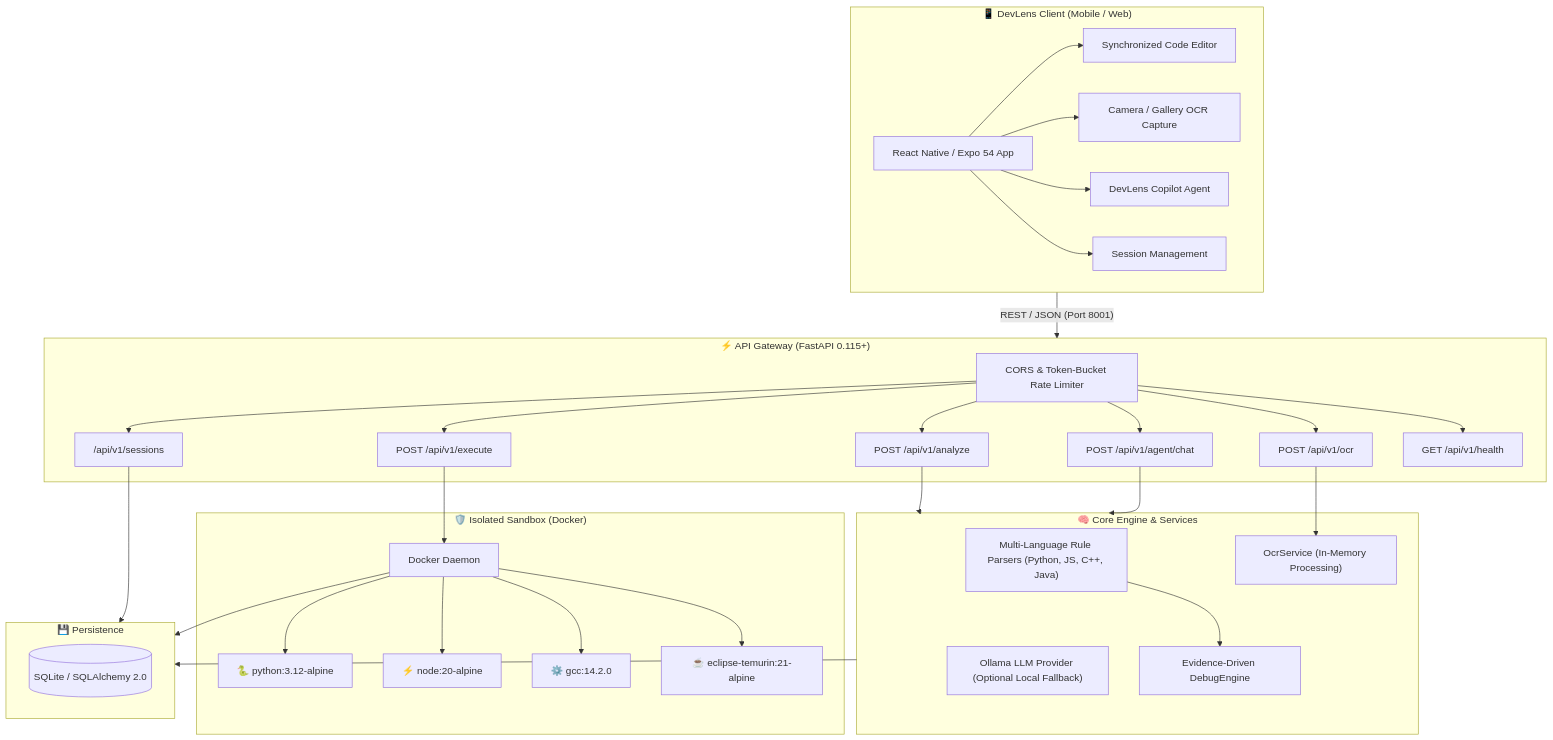
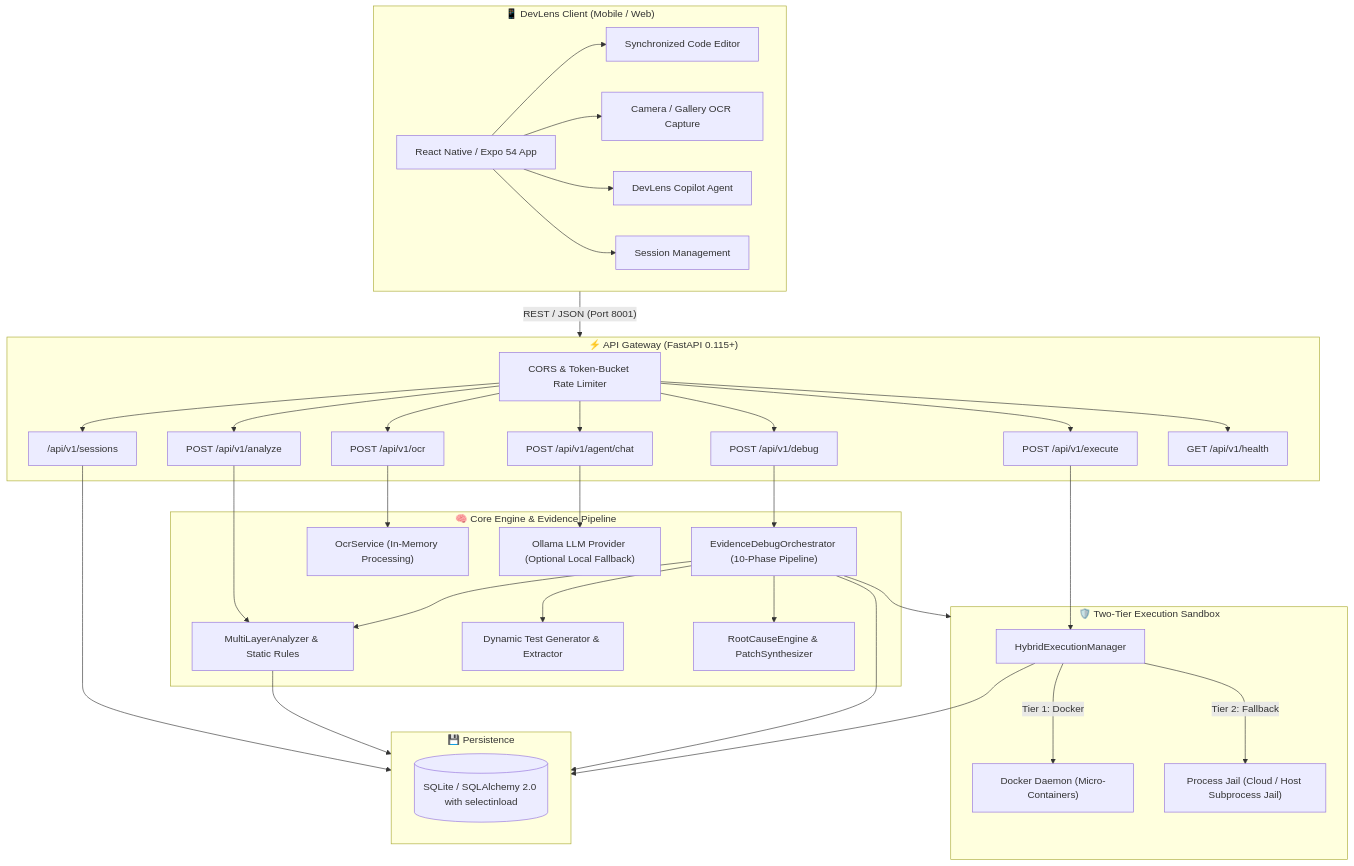
One commit to Bit-manipulators/DevLense changed the diagram in README.md. Above: the diagram before and after it, drawn with Mermaid. The commit also changed other lines of this file and 7 other files, not shown here.

Commit message:
docs: finalize comprehensive documentation for evidence-driven debugging engine, two-tier sandbox, and test suites

````diff
--- a/README.md
+++ b/README.md
@@ -69,61 +69,66 @@
 ```mermaid
 flowchart TD
     subgraph Client["📱 DevLens Client (Mobile / Web)"]
         UI["React Native / Expo 54 App"]
         Editor["Synchronized Code Editor"]
         Camera["Camera / Gallery OCR Capture"]
         AgentUI["DevLens Copilot Agent"]
         History["Session Management"]
         UI --> Editor
         UI --> Camera
         UI --> AgentUI
         UI --> History
     end
 
     subgraph Gateway["⚡ API Gateway (FastAPI 0.115+)"]
         Router["CORS & Token-Bucket Rate Limiter"]
+        DebugAPI["POST /api/v1/debug"]
         AnalyzeAPI["POST /api/v1/analyze"]
         ExecuteAPI["POST /api/v1/execute"]
         OcrAPI["POST /api/v1/ocr"]
         AgentAPI["POST /api/v1/agent/chat"]
         SessionsAPI["/api/v1/sessions"]
         HealthAPI["GET /api/v1/health"]
+        Router --> DebugAPI
         Router --> AnalyzeAPI
         Router --> ExecuteAPI
         Router --> OcrAPI
         Router --> AgentAPI
         Router --> SessionsAPI
         Router --> HealthAPI
     end
 
-    subgraph Core["🧠 Core Engine & Services"]
-        Engine["Multi-Language Rule Parsers (Python, JS, C++, Java)"]
+    subgraph Core["🧠 Core Engine & Evidence Pipeline"]
+        Orchestrator["EvidenceDebugOrchestrator (10-Phase Pipeline)"]
+        MultiAnalyzer["MultiLayerAnalyzer & Static Rules"]
+        TestEngine["Dynamic Test Generator & Extractor"]
+        ReasoningRepair["RootCauseEngine & PatchSynthesizer"]
+        OcrSvc["OcrService (In-Memory Processing)"]
         OllamaEngine["Ollama LLM Provider (Optional Local Fallback)"]
-        OCR["OcrService (In-Memory Processing)"]
-        DebugPipeline["Evidence-Driven DebugEngine"]
-        Engine --> DebugPipeline
+        
+        Orchestrator --> MultiAnalyzer
+        Orchestrator --> TestEngine
+        Orchestrator --> ReasoningRepair
     end
 
-    subgraph Sandbox["🛡️ Isolated Sandbox (Docker)"]
-        DockerDaemon["Docker Daemon"]
-        PyBox["🐍 python:3.12-alpine"]
-        NodeBox["⚡ node:20-alpine"]
-        CppBox["⚙️ gcc:14.2.0"]
-        JavaBox["☕ eclipse-temurin:21-alpine"]
-        DockerDaemon --> PyBox
-        DockerDaemon --> NodeBox
-        DockerDaemon --> CppBox
-        DockerDaemon --> JavaBox
+    subgraph Sandbox["🛡️ Two-Tier Execution Sandbox"]
+        ExecutionMgr["HybridExecutionManager"]
+        DockerDaemon["Docker Daemon (Micro-Containers)"]
+        ProcessJail["Process Jail (Cloud / Host Subprocess Jail)"]
+        ExecutionMgr -->|Tier 1: Docker| DockerDaemon
+        ExecutionMgr -->|Tier 2: Fallback| ProcessJail
     end
 
     subgraph DB["💾 Persistence"]
-        SQLite[(SQLite / SQLAlchemy 2.0)]
+        SQLite[(SQLite / SQLAlchemy 2.0 with selectinload)]
     end
 
     Client -- "REST / JSON (Port 8001)" --> Gateway
-    AnalyzeAPI --> Core --> DB
-    ExecuteAPI --> DockerDaemon --> DB
-    OcrAPI --> OCR
-    AgentAPI --> Core
+    DebugAPI --> Orchestrator --> Sandbox
+    Orchestrator --> DB
+    AnalyzeAPI --> MultiAnalyzer --> DB
+    ExecuteAPI --> ExecutionMgr --> DB
+    OcrAPI --> OcrSvc
+    AgentAPI --> OllamaEngine
     SessionsAPI --> DB
 ```
````
